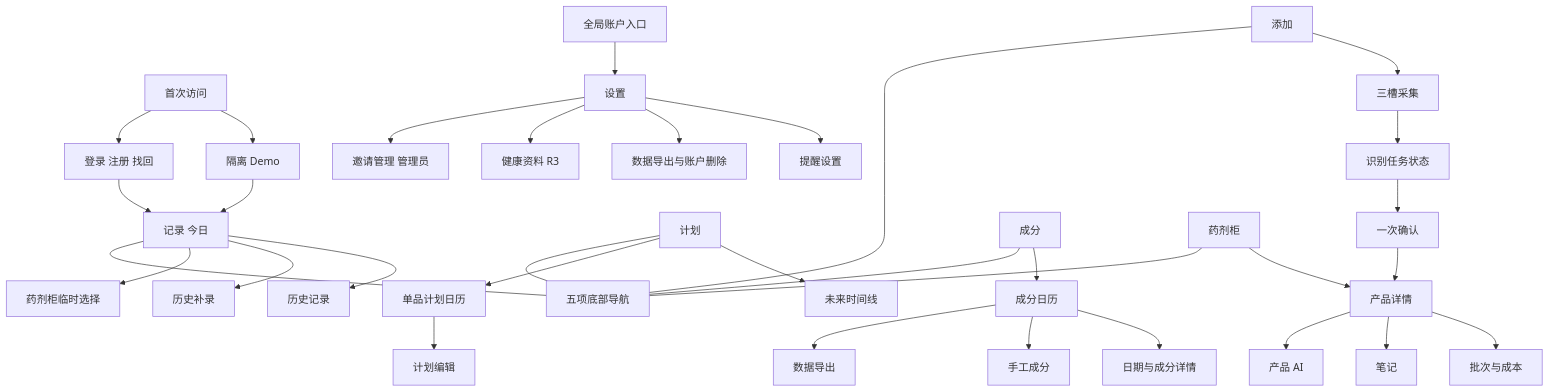
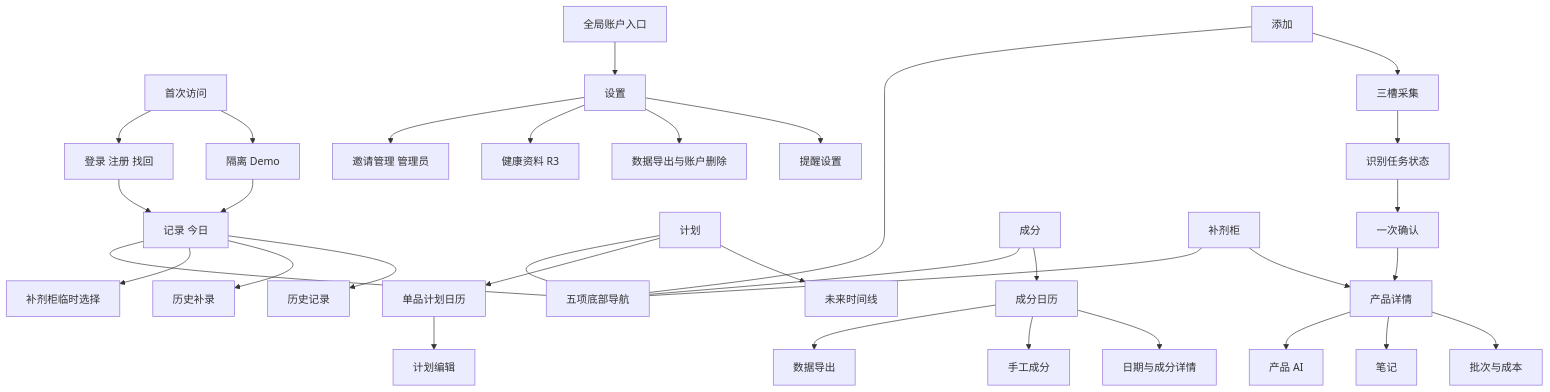
Before and after one commit to harukawakatabe/supp-q: the fourth of 6 diagrams in prd/PRD.md, drawn with Mermaid. The commit also changed other lines of this file and 7 other files, not shown here.

````diff
--- a/prd/PRD.md
+++ b/prd/PRD.md
@@ -643,42 +643,42 @@
 ```mermaid
 flowchart TD
   V[首次访问] --> D[隔离 Demo]
   V --> A[登录 注册 找回]
   D --> R[记录 今日]
   A --> R
 
   R --> RH[历史记录]
   R --> RB[历史补录]
-  R --> RA[药剂柜临时选择]
+  R --> RA[补剂柜临时选择]
 
   P[计划] --> PT[未来时间线]
   P --> PC[单品计划日历]
   PC --> PE[计划编辑]
 
   N[添加] --> NS[三槽采集]
   NS --> NJ[识别任务状态]
   NJ --> NC[一次确认]
   NC --> PD[产品详情]
 
   I[成分] --> IC[成分日历]
   IC --> ID[日期与成分详情]
   IC --> IM[手工成分]
   IC --> IE[数据导出]
 
-  C[药剂柜] --> PD
+  C[补剂柜] --> PD
   PD --> PB[批次与成本]
   PD --> PN[笔记]
   PD --> PA[产品 AI]
 
   R --- NAV[五项底部导航]
   P --- NAV
   N --- NAV
   I --- NAV
   C --- NAV
 
   S[全局账户入口] --> ST[设置]
   ST --> SR[提醒设置]
   ST --> SX[数据导出与账户删除]
   ST --> SH[健康资料 R3]
   ST --> AD[邀请管理 管理员]
 ```
````
